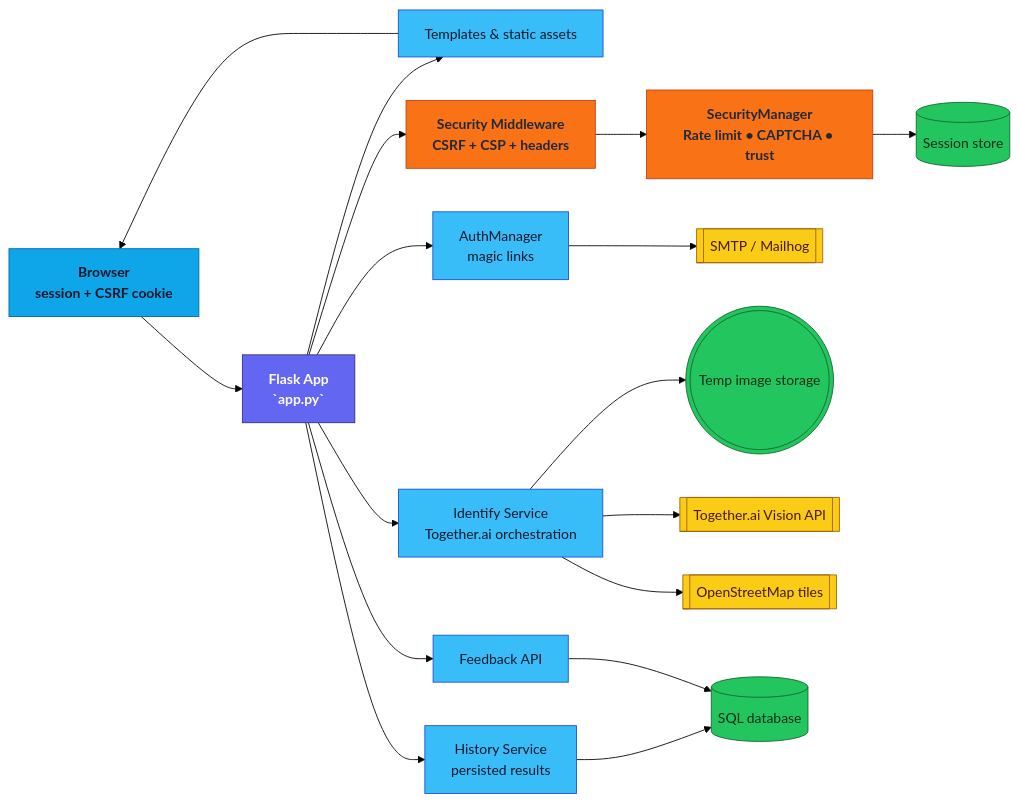
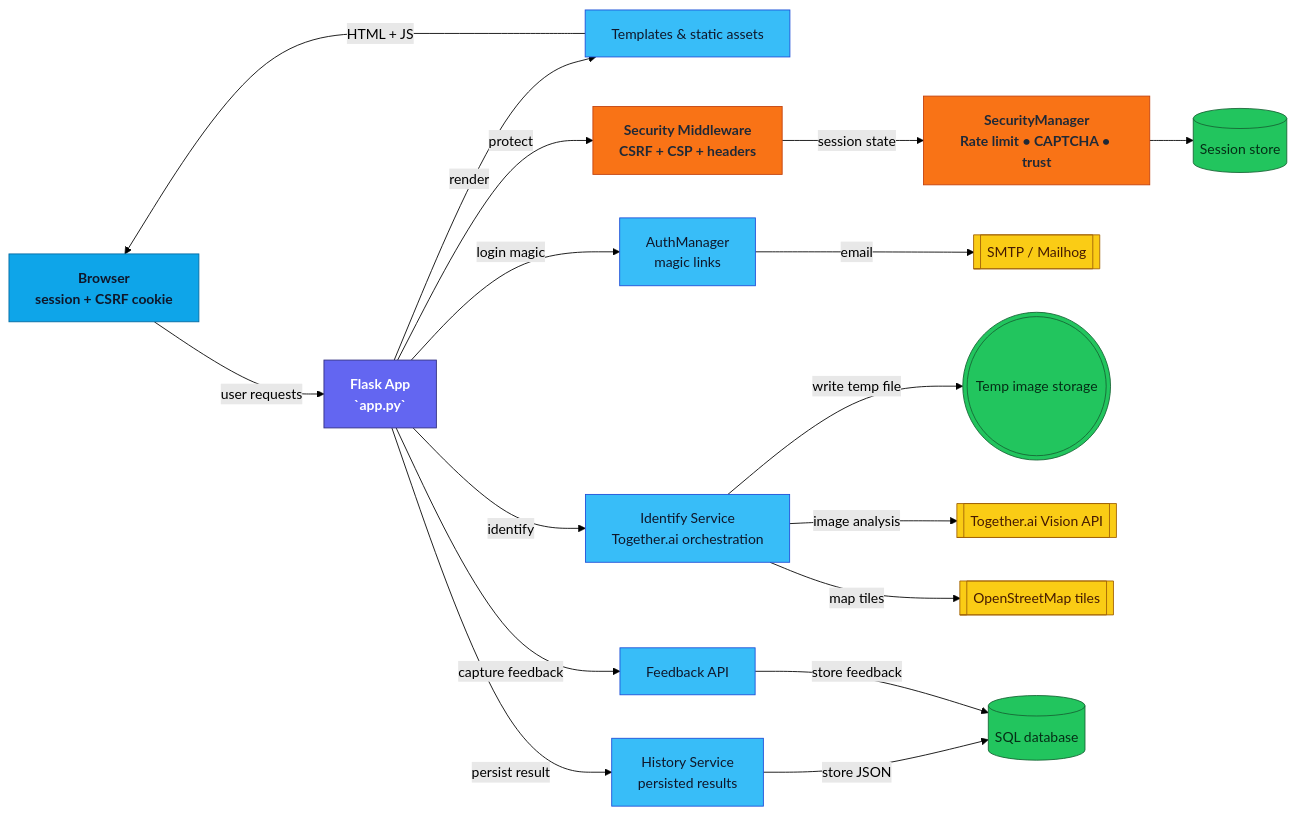
The diagram in docs/diagram_sources/system-architecture.mmd (Red-Turtles/Proof-Of-Concept-Demo), drawn with Mermaid (forest theme) before and after one commit. The commit also changed 8 other files, not shown here.

Commit message:
Refactor: Update diagrams for clarity and accuracy

```diff
--- a/docs/diagram_sources/system-architecture.mmd
+++ b/docs/diagram_sources/system-architecture.mmd
@@ -1,28 +1,28 @@
 flowchart LR
     classDef client fill:#0ea5e9,stroke:#0369a1,color:#0f172a,font-weight:bold;
     classDef app fill:#6366f1,stroke:#312e81,color:#ffffff,font-weight:bold;
     classDef guard fill:#f97316,stroke:#c2410c,color:#1f2937,font-weight:bold;
     classDef service fill:#38bdf8,stroke:#1d4ed8,color:#0f172a;
     classDef data fill:#22c55e,stroke:#166534,color:#052e16;
     classDef external fill:#facc15,stroke:#a16207,color:#451a03;
 
-    Browser[Browser\nsession + CSRF cookie]:::client --> App[Flask App\n`app.py`]:::app
-    App --> Views[Templates & static assets]:::service
-    Views --> Browser
+    Browser[Browser\nsession + CSRF cookie]:::client -->|user requests| App[Flask App\n`app.py`]:::app
+    App -->|render| Views[Templates & static assets]:::service
+    Views -->|HTML + JS| Browser
 
-    App --> Shield[Security Middleware\nCSRF + CSP + headers]:::guard
-    Shield --> SecurityMgr[SecurityManager\nRate limit • CAPTCHA • trust]:::guard
+    App -->|protect| Shield[Security Middleware\nCSRF + CSP + headers]:::guard
+    Shield -->|session state| SecurityMgr[SecurityManager\nRate limit • CAPTCHA • trust]:::guard
     SecurityMgr --> Sessions[(Session store)]:::data
 
-    App --> AuthSvc[AuthManager\nmagic links]:::service
-    AuthSvc --> Mailer[[SMTP / Mailhog]]:::external
+    App -->|login magic| AuthSvc[AuthManager\nmagic links]:::service
+    AuthSvc -->|email| Mailer[[SMTP / Mailhog]]:::external
 
-    App --> IdentifySvc[Identify Service\nTogether.ai orchestration]:::service
-    IdentifySvc --> TempFiles(((Temp image storage))):::data
-    IdentifySvc --> Together[[Together.ai Vision API]]:::external
-    IdentifySvc --> MapTiles[[OpenStreetMap tiles]]:::external
+    App -->|identify| IdentifySvc[Identify Service\nTogether.ai orchestration]:::service
+    IdentifySvc -->|write temp file| TempFiles(((Temp image storage))):::data
+    IdentifySvc -->|image analysis| Together[[Together.ai Vision API]]:::external
+    IdentifySvc -->|map tiles| MapTiles[[OpenStreetMap tiles]]:::external
 
-    App --> HistorySvc[History Service\npersisted results]:::service
-    App --> FeedbackSvc[Feedback API]:::service
-    HistorySvc --> Database[(SQL database)]:::data
-    FeedbackSvc --> Database
+    App -->|persist result| HistorySvc[History Service\npersisted results]:::service
+    App -->|capture feedback| FeedbackSvc[Feedback API]:::service
+    HistorySvc -->|store JSON| Database[(SQL database)]:::data
+    FeedbackSvc -->|store feedback| Database
```
